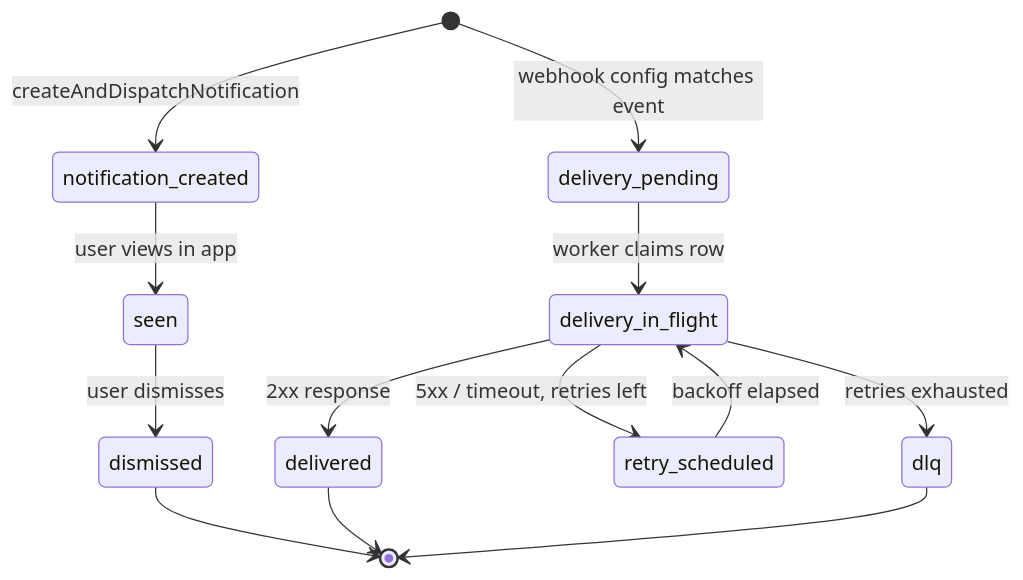
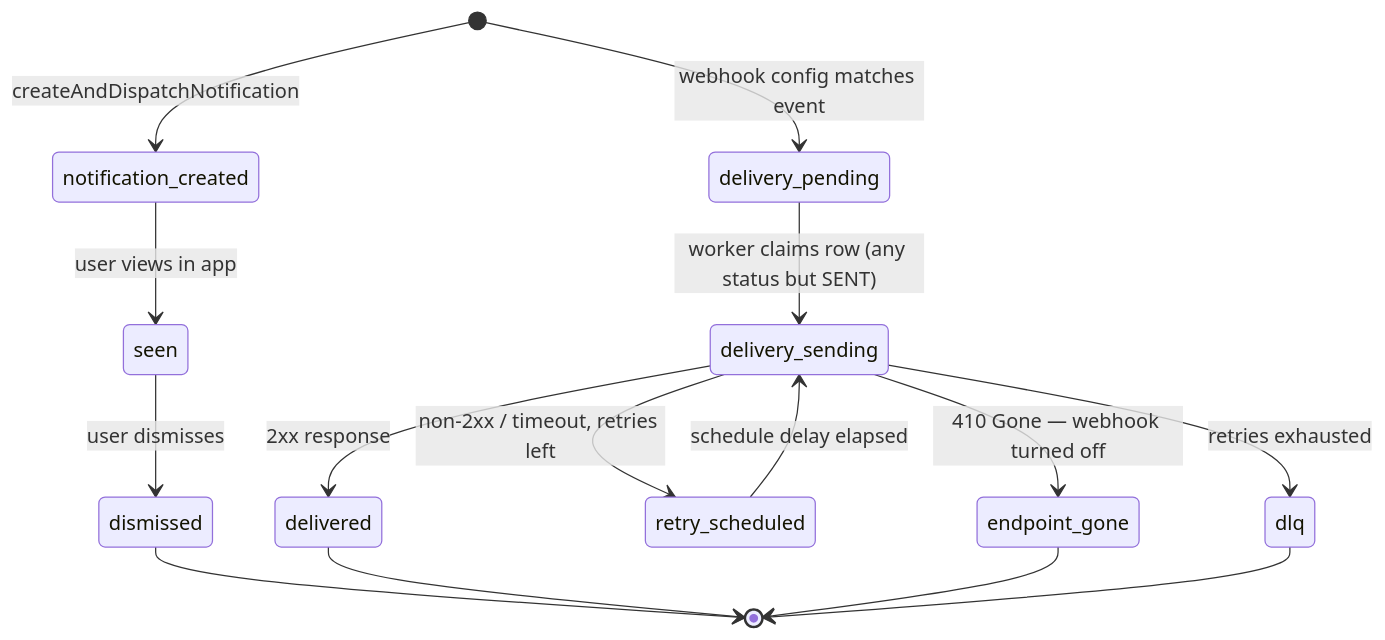
The diagram in src/domains/notify/notify.overview.md (albetrios/clinozy-be), drawn with Mermaid before and after one commit. The commit also changed other lines of this file and 51 other files, not shown here.

````diff
--- a/src/domains/notify/notify.overview.md
+++ b/src/domains/notify/notify.overview.md
@@ -54,15 +54,17 @@
 ```mermaid
 stateDiagram-v2
   [*] --> notification_created: createAndDispatchNotification
   notification_created --> seen: user views in app
   seen --> dismissed: user dismisses
   dismissed --> [*]
   [*] --> delivery_pending: webhook config matches event
-  delivery_pending --> delivery_in_flight: worker claims row
-  delivery_in_flight --> delivered: 2xx response
-  delivery_in_flight --> retry_scheduled: 5xx / timeout, retries left
-  retry_scheduled --> delivery_in_flight: backoff elapsed
-  delivery_in_flight --> dlq: retries exhausted
+  delivery_pending --> delivery_sending: worker claims row (any status but SENT)
+  delivery_sending --> delivered: 2xx response
+  delivery_sending --> retry_scheduled: non-2xx / timeout, retries left
+  retry_scheduled --> delivery_sending: schedule delay elapsed
+  delivery_sending --> endpoint_gone: 410 Gone — webhook turned off
+  delivery_sending --> dlq: retries exhausted
   delivered --> [*]
+  endpoint_gone --> [*]
   dlq --> [*]
 ```
````
